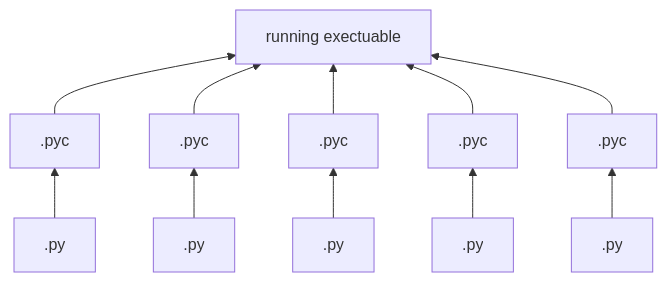
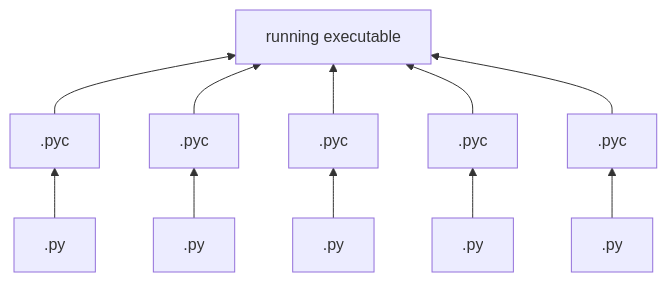
One commit to omnibor/site changed the fifth of 5 diagrams in content/glossary/artifact_tree.md. Above: the diagram before and after it, drawn with Mermaid.

Commit message:
Typo fixes

````diff
--- a/content/glossary/artifact_tree.md
+++ b/content/glossary/artifact_tree.md
@@ -79,13 +79,13 @@
 ```mermaid
 flowchart BT
     py1[.py] --> pyc1[.pyc]
     py2[.py] --> pyc2[.pyc]
     py3[.py] --> pyc3[.pyc]
     py4[.py] --> pyc4[.pyc]
     py5[.py] --> pyc5[.pyc]
-    pyc1 --> running[running exectuable]
-    pyc2 --> running[running exectuable]
-    pyc3 --> running[running exectuable]
-    pyc4 --> running[running exectuable]
-    pyc5 --> running[running exectuable]
+    pyc1 --> running[running executable]
+    pyc2 --> running[running executable]
+    pyc3 --> running[running executable]
+    pyc4 --> running[running executable]
+    pyc5 --> running[running executable]
 ```
````
